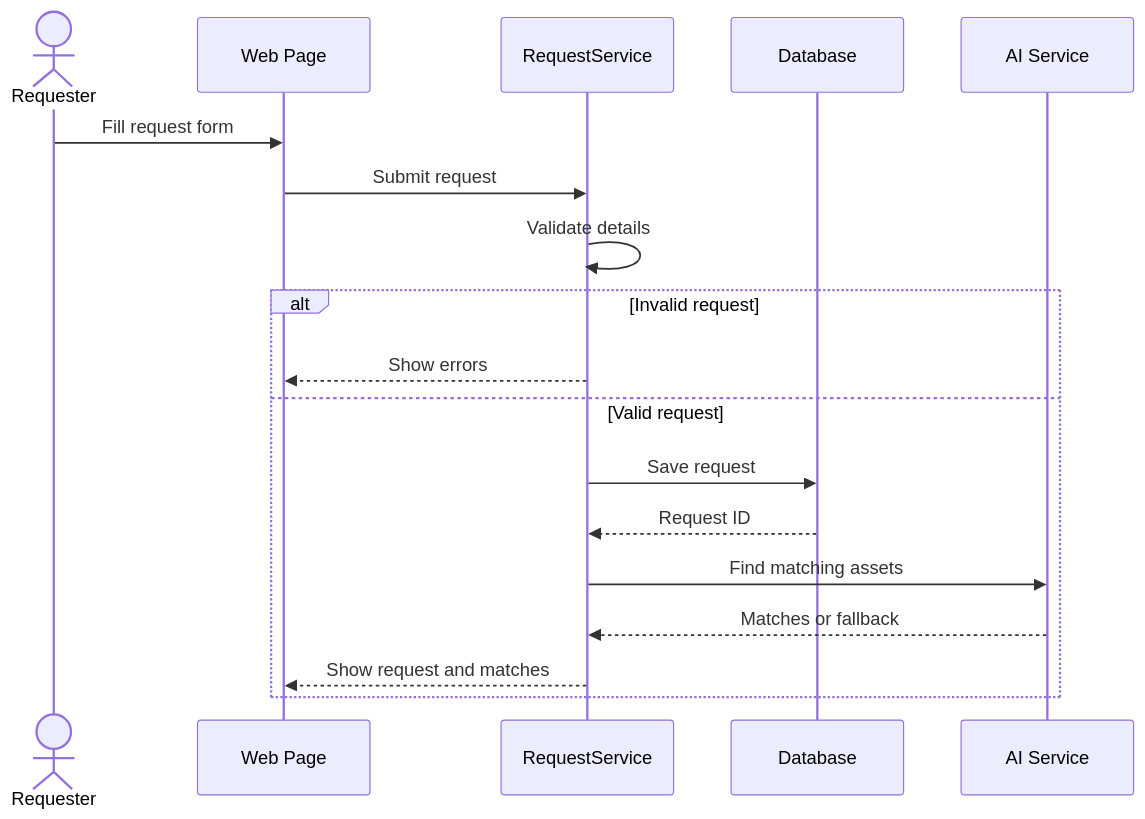
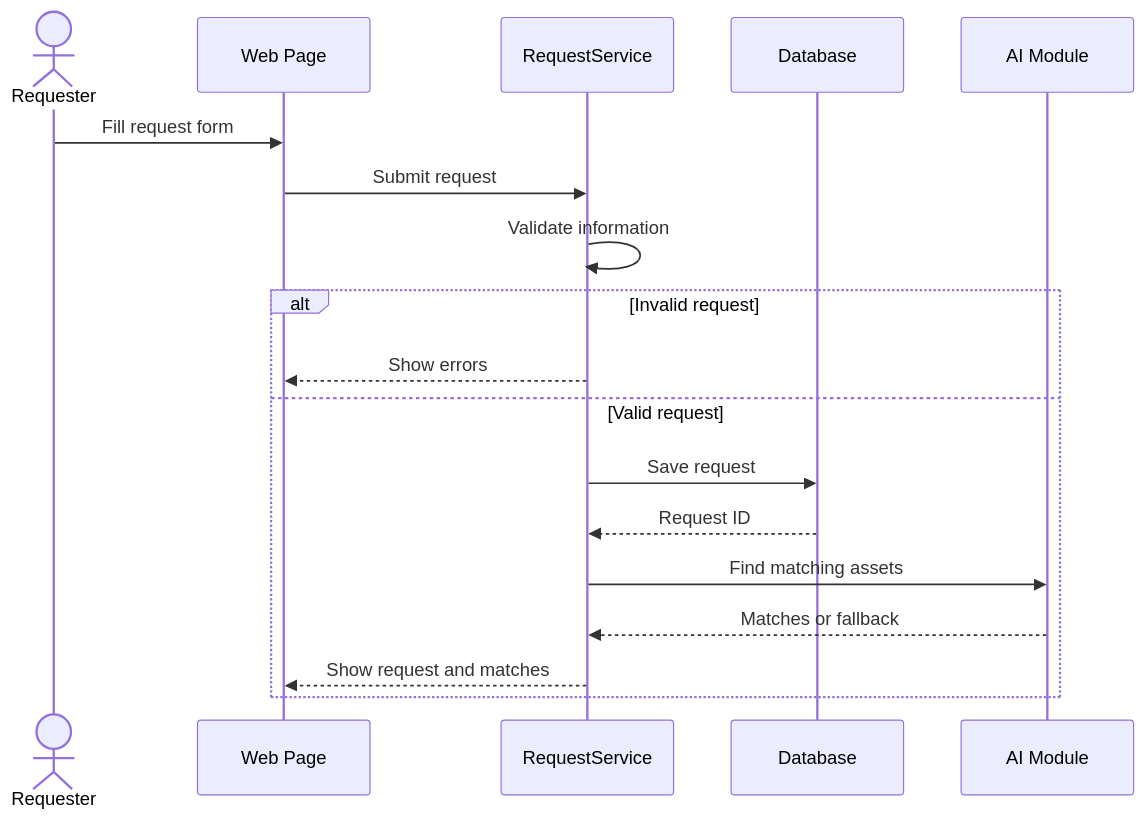
Before and after one commit to Abdulla66541/COSC336-GROUP5: the fifth of 12 diagrams in phase 4-5/01_part1_assets_marketplace_requests.md, drawn with Mermaid. The commit also changed other lines of this file, not shown here.

````diff
--- a/phase 4-5/01_part1_assets_marketplace_requests.md
+++ b/phase 4-5/01_part1_assets_marketplace_requests.md
@@ -380,22 +234,22 @@
 ```mermaid
 sequenceDiagram
     actor RQ as Requester
     participant UI as Web Page
     participant S as RequestService
     participant DB as Database
-    participant AI as AI Service
+    participant AI as AI Module
 
     RQ->>UI: Fill request form
     UI->>S: Submit request
-    S->>S: Validate details
+    S->>S: Validate information
 
     alt Invalid request
         S-->>UI: Show errors
     else Valid request
         S->>DB: Save request
         DB-->>S: Request ID
         S->>AI: Find matching assets
         AI-->>S: Matches or fallback
         S-->>UI: Show request and matches
     end
 ```
````
